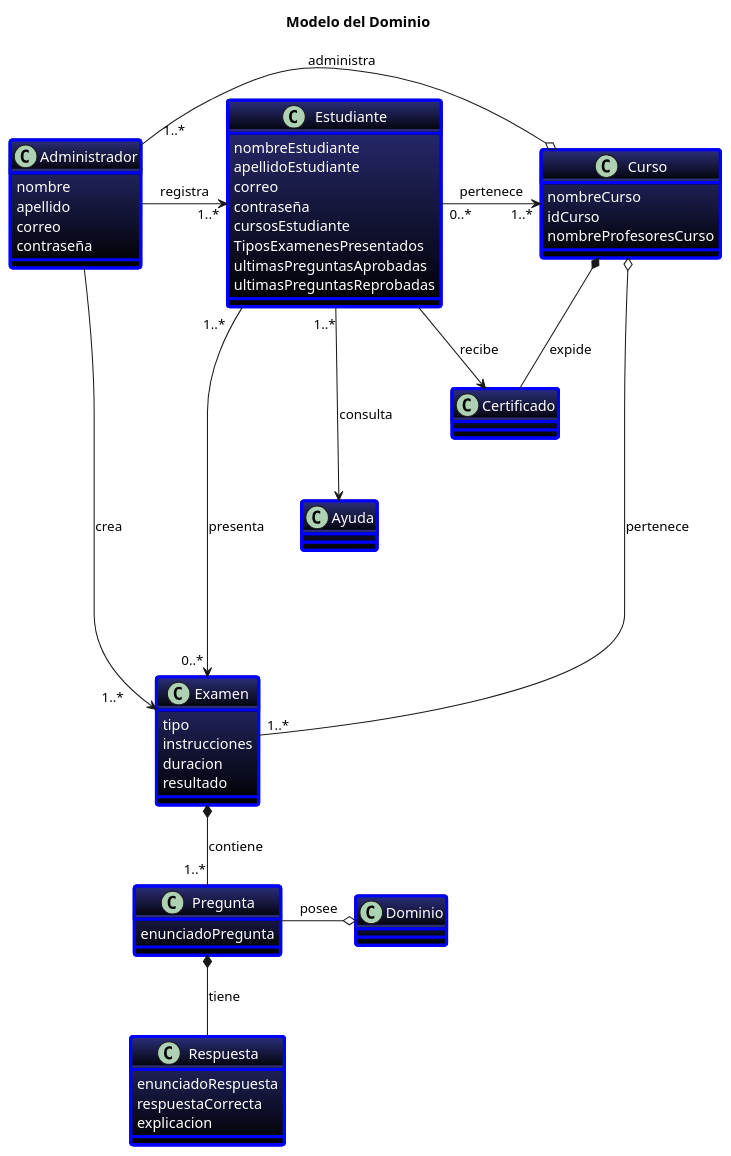
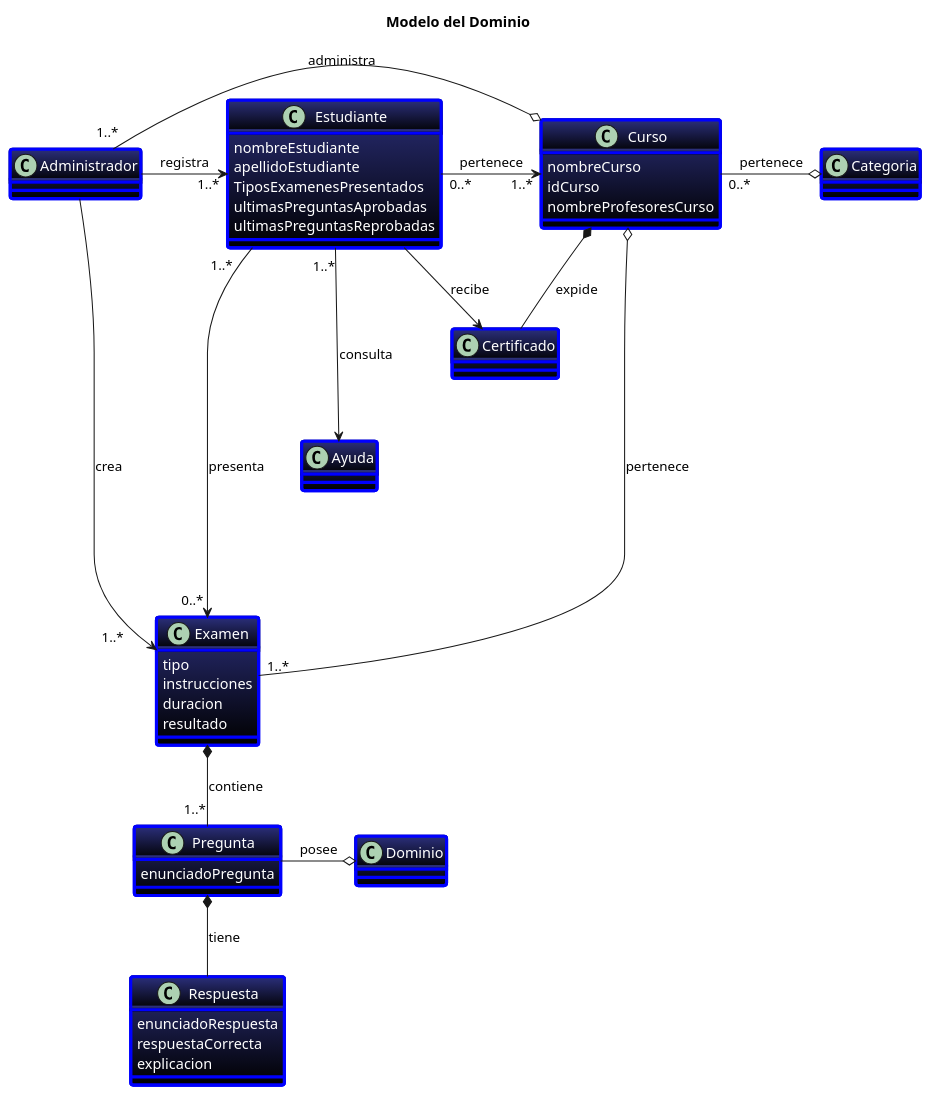
One commit to febres35/EdTech_IS changed the diagram in docs/scenariosView/diagramaClasesDominio.plantuml. Above: the diagram before and after it, drawn with PlantUML. The commit also changed 1 other file, not shown here.

Commit message:
Nuevo Diagrama de Estados y Cambios del Diagrama Cambios al diagrama de clases y se añadio un posible diagrama de estados

```diff
--- a/docs/scenariosView/diagramaClasesDominio.plantuml
+++ b/docs/scenariosView/diagramaClasesDominio.plantuml
@@ -1,71 +1,65 @@
 @startuml "Diagrama de clases"
 
 title "Modelo del Dominio"
 
 skinparam Class{
   BackgroundColor 2B2F7B-black
   AttributeFontColor white
   BorderThickness 3
   BorderColor blue
 }
 class Administrador{
-  nombre
-  apellido
-  correo
-  contraseña
 }
 class Estudiante{
   nombreEstudiante
   apellidoEstudiante
-  correo
-  contraseña
-  cursosEstudiante
   TiposExamenesPresentados
   ultimasPreguntasAprobadas
   ultimasPreguntasReprobadas
 }
 
 class Ayuda
 
 class Curso{
   nombreCurso
   idCurso
   nombreProfesoresCurso
 }
 class Examen{
   tipo
   instrucciones
   duracion
   resultado
 }
 class Pregunta{
   enunciadoPregunta
 }
 
 class Dominio
 
 class Respuesta{
   enunciadoRespuesta
   respuestaCorrecta
   explicacion
 }
 class Certificado{
 }
 
 Administrador -right-> "1..*       "Examen: crea
 Administrador -right-> "     1..*"Estudiante: registra
 Administrador "    1..*"-right-o Curso: administra
 
 Estudiante "0..*"-right->"    1..*"Curso: pertenece
 Estudiante "1..*   "-right-> "0..* "Examen: presenta
 Estudiante --> Certificado: recibe
 Estudiante "1..*"---> Ayuda: consulta
 
 Examen *-down- "1..*"Pregunta: contiene
 Pregunta *-down- Respuesta: tiene
 Pregunta -right-o Dominio: posee
 
+Curso "0..*" -right-o Categoria: pertenece
 Curso o----- "1..*"Examen: pertenece
 Curso *- Certificado: expide
 
 @enduml
```
